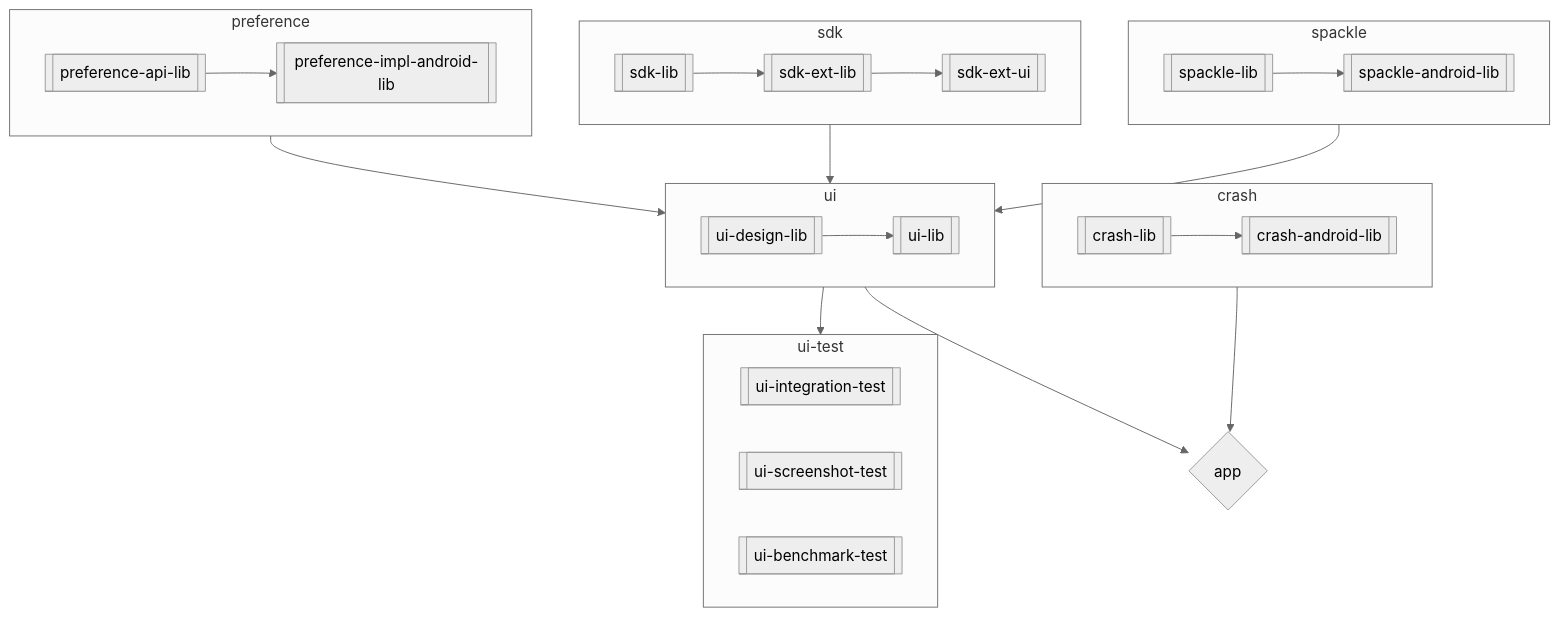
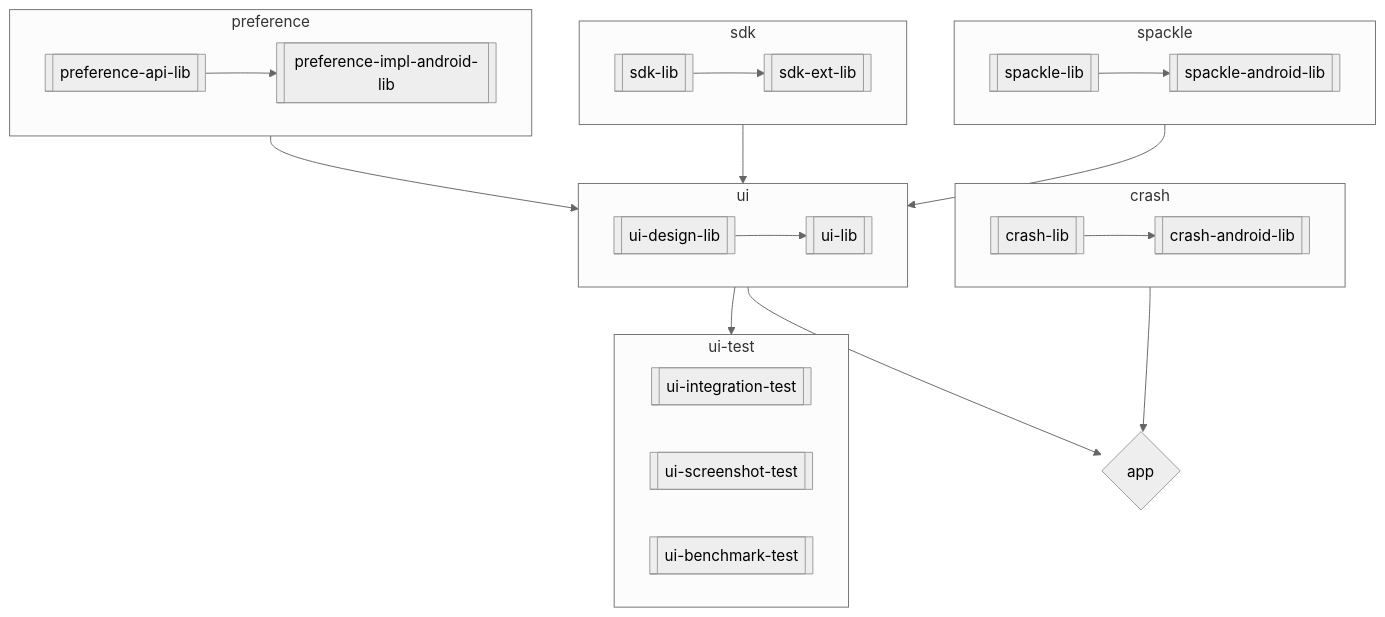
The diagram in docs/Architecture.md (Electric-Coin-Company/zashi-android), drawn with Mermaid (neutral theme) before and after one commit. The commit also changed other lines of this file and 99 other files, not shown here.

````diff
--- a/docs/Architecture.md
+++ b/docs/Architecture.md
@@ -53,40 +52,39 @@
 ```mermaid
   flowchart TB;
       subgraph sdk
           sdkLib[[sdk-lib]];
           sdkExtLib[[sdk-ext-lib]];
-          sdkExtUi[[sdk-ext-ui]];
       end
-      sdkLib[[sdk-lib]] --> sdkExtLib[[sdk-ext-lib]] --> sdkExtUi[[sdk-ext-ui]];
+      sdkLib[[sdk-lib]] --> sdkExtLib[[sdk-ext-lib]];
       subgraph preference
           preferenceApiLib[[preference-api-lib]];
           preferenceImplAndroidLib[[preference-impl-android-lib]];
       end
       preferenceApiLib[[preference-api-lib]] --> preferenceImplAndroidLib[[preference-impl-android-lib]];
       subgraph crash
           crashLib[[crash-lib]];
           crashAndroidLib[[crash-android-lib]];
       end
       crashLib[[crash-lib]] --> crashAndroidLib[[crash-android-lib]];
       subgraph ui
           uiDesignLib[[ui-design-lib]];
           uiLib[[ui-lib]];
       end
       uiDesignLib[[ui-design-lib]] --> uiLib[[ui-lib]];
       subgraph ui-test
           uiIntegrationTest[[ui-integration-test]];
           uiScreenshotTest[[ui-screenshot-test]];
           uiBenchmarkTest[[ui-benchmark-test]];
       end
       subgraph spackle
           spackleLib[[spackle-lib]];
           spackleAndroidLib[[spackle-android-lib]];
       end
       spackleLib[[spackle-lib]] --> spackleAndroidLib[[spackle-android-lib]];
       preference --> ui[[ui]];
       sdk --> ui[[ui]];
       spackle[[spackle]] --> ui[[ui]];
       ui[[ui]] --> ui-test[[ui-test]]; 
       ui[[ui]] --> app{app};
       crash[[crash]] --> app{app};
 ```
````
